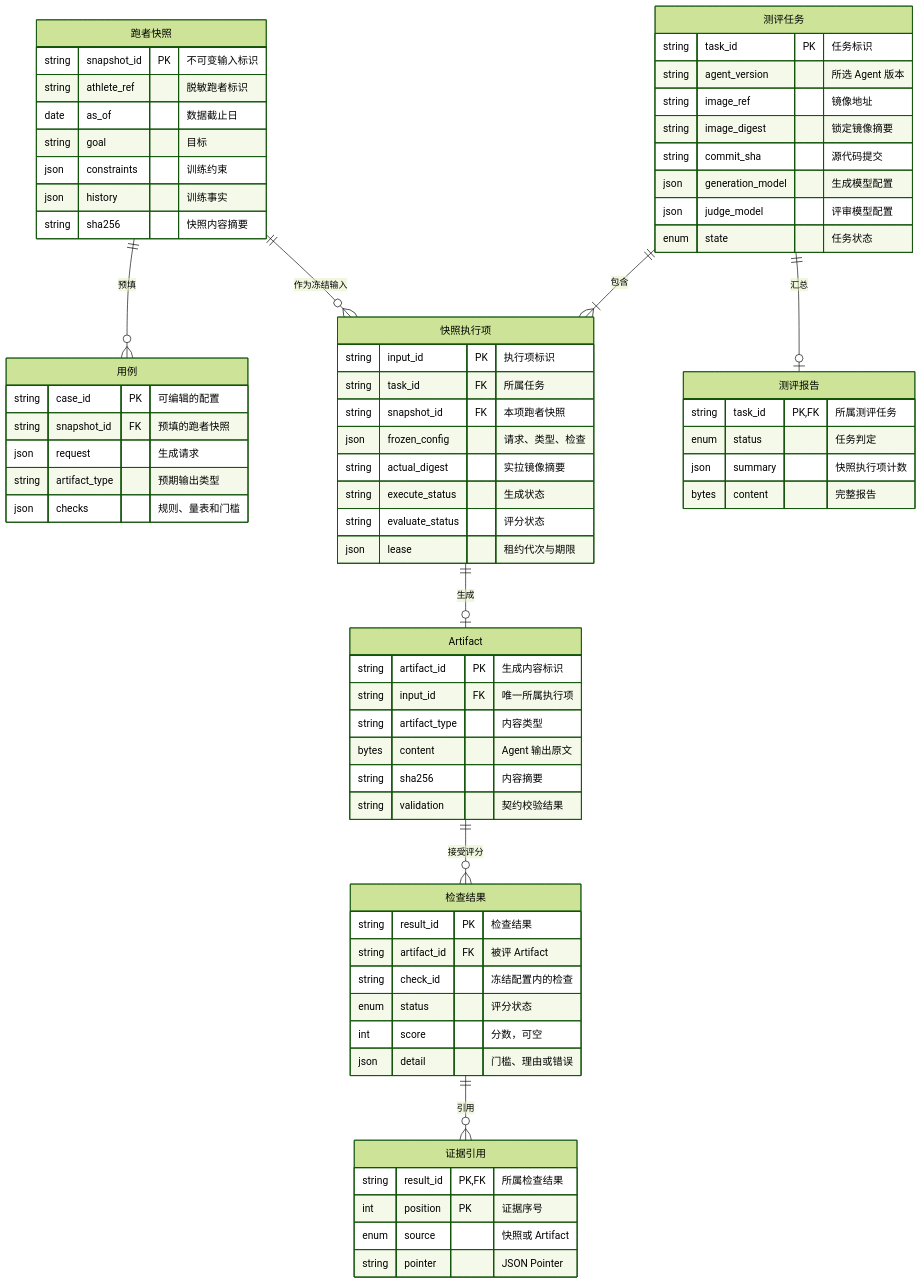
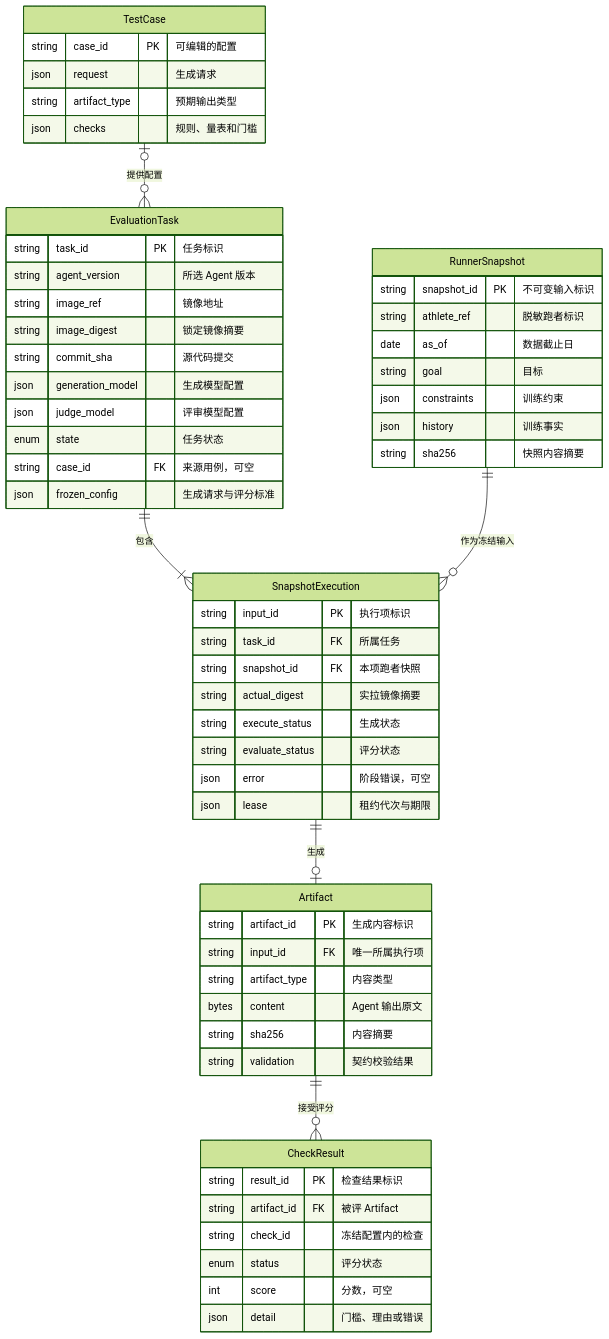
One commit to zhaochy1990/running changed the second of 2 diagrams in docs/superpowers/specs/2026-11-23-offline-plan-eval.md. Above: the diagram before and after it, drawn with Mermaid (forest theme). The commit also changed other lines of this file and 1 other file, not shown here.

````diff
--- a/docs/superpowers/specs/2026-11-23-offline-plan-eval.md
+++ b/docs/superpowers/specs/2026-11-23-offline-plan-eval.md
@@ -244,74 +221,61 @@
 ```mermaid
 erDiagram
-    "用例" {
+    TestCase {
         string case_id PK "可编辑的配置"
-        string snapshot_id FK "预填的跑者快照"
         json request "生成请求"
         string artifact_type "预期输出类型"
         json checks "规则、量表和门槛"
     }
-    "跑者快照" {
+    RunnerSnapshot {
         string snapshot_id PK "不可变输入标识"
         string athlete_ref "脱敏跑者标识"
         date as_of "数据截止日"
         string goal "目标"
         json constraints "训练约束"
         json history "训练事实"
         string sha256 "快照内容摘要"
     }
-    "测评报告" {
-        string task_id PK,FK "所属测评任务"
-        enum status "任务判定"
-        json summary "快照执行项计数"
-        bytes content "完整报告"
-    }
-    "Artifact" {
+    Artifact {
         string artifact_id PK "生成内容标识"
         string input_id FK "唯一所属执行项"
         string artifact_type "内容类型"
         bytes content "Agent 输出原文"
         string sha256 "内容摘要"
         string validation "契约校验结果"
     }
-    "快照执行项" {
+    SnapshotExecution {
         string input_id PK "执行项标识"
         string task_id FK "所属任务"
         string snapshot_id FK "本项跑者快照"
-        json frozen_config "请求、类型、检查"
         string actual_digest "实拉镜像摘要"
         string execute_status "生成状态"
         string evaluate_status "评分状态"
+        json error "阶段错误，可空"
         json lease "租约代次与期限"
     }
-    "测评任务" {
+    EvaluationTask {
         string task_id PK "任务标识"
         string agent_version "所选 Agent 版本"
         string image_ref "镜像地址"
         string image_digest "锁定镜像摘要"
         string commit_sha "源代码提交"
         json generation_model "生成模型配置"
         json judge_model "评审模型配置"
         enum state "任务状态"
+        string case_id FK "来源用例，可空"
+        json frozen_config "生成请求与评分标准"
     }
-    "检查结果" {
-        string result_id PK "检查结果"
+    CheckResult {
+        string result_id PK "检查结果标识"
         string artifact_id FK "被评 Artifact"
         string check_id "冻结配置内的检查"
         enum status "评分状态"
         int score "分数，可空"
         json detail "门槛、理由或错误"
     }
-    "证据引用" {
-        string result_id PK,FK "所属检查结果"
-        int position PK "证据序号"
-        enum source "快照或 Artifact"
-        string pointer "JSON Pointer"
-    }
-    "跑者快照" ||--o{ "用例" : "预填"
-    "测评任务" ||--|{ "快照执行项" : "包含"
-    "跑者快照" ||--o{ "快照执行项" : "作为冻结输入"
-    "快照执行项" ||--o| "Artifact" : "生成"
-    "Artifact" ||--o{ "检查结果" : "接受评分"
-    "检查结果" ||--o{ "证据引用" : "引用"
-    "测评任务" ||--o| "测评报告" : "汇总"
+    EvaluationTask ||--|{ SnapshotExecution : "包含"
+    RunnerSnapshot ||--o{ SnapshotExecution : "作为冻结输入"
+    SnapshotExecution ||--o| Artifact : "生成"
+    Artifact ||--o{ CheckResult : "接受评分"
+    TestCase |o--o{ EvaluationTask : "提供配置"
 ```
````
